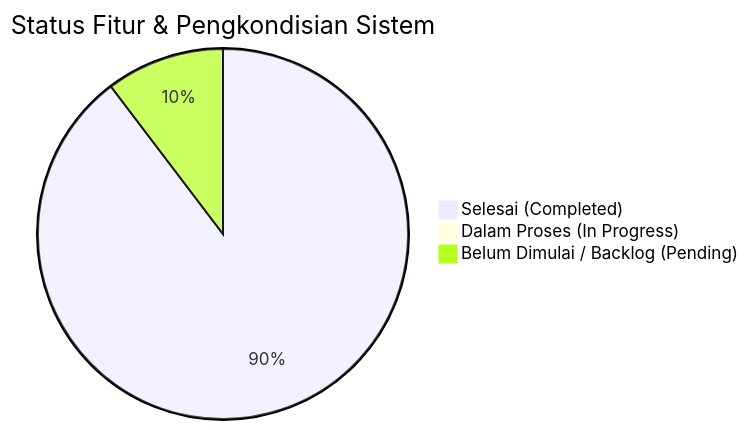
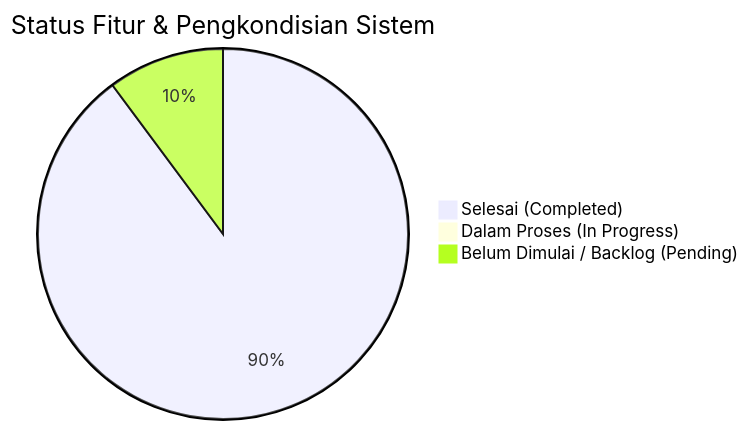
One commit to 4lliiifffff/pengembangan-presensi-pkbmpikat changed the diagram in docs/progress_pengembangan_sistem_presensi.md. Above: the diagram before and after it, drawn with Mermaid. The commit also changed other lines of this file and 6 other files, not shown here.

````diff
--- a/docs/progress_pengembangan_sistem_presensi.md
+++ b/docs/progress_pengembangan_sistem_presensi.md
@@ -12,6 +12,6 @@
 ```mermaid
 pie title Status Fitur & Pengkondisian Sistem
-    "Selesai (Completed)" : 52
+    "Selesai (Completed)" : 53
     "Dalam Proses (In Progress)" : 0
     "Belum Dimulai / Backlog (Pending)" : 6
 ```
````
